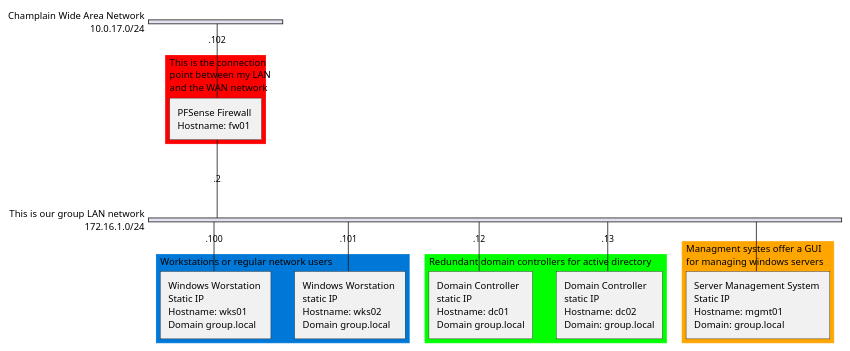
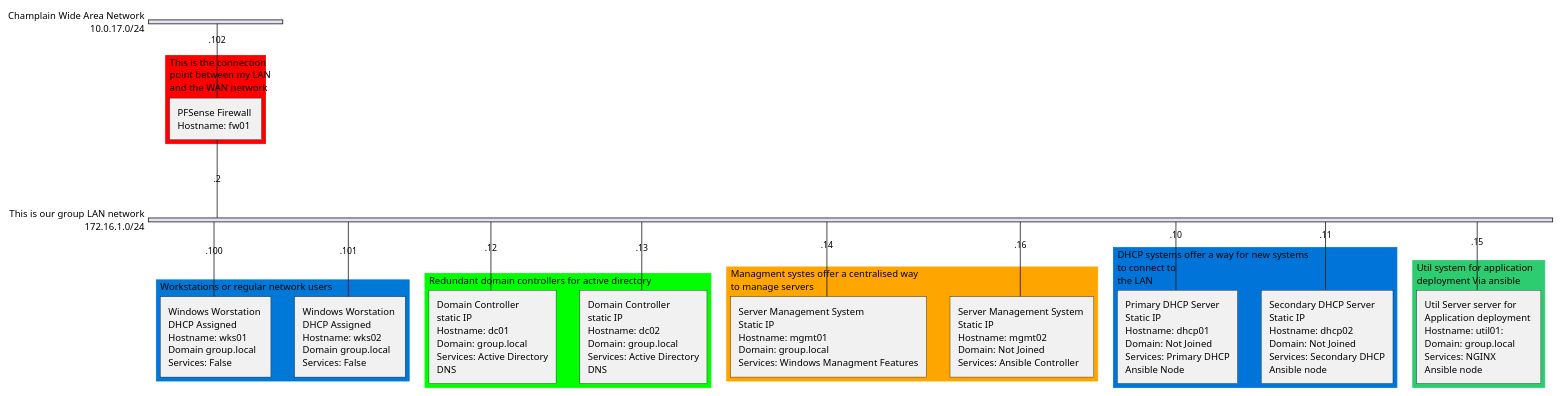
Before and after one commit to AminDaoudi/Final-Project: the diagram in milestone1_diagram.plantuml, drawn with PlantUML.

```diff
--- a/milestone1_diagram.plantuml
+++ b/milestone1_diagram.plantuml
@@ -1,48 +1,63 @@
-@startuml Milestone 1 Network Diagram
+@startuml Working Network Diagram
 skinparam backgroundColor ##F0F0F0
 
 nwdiag {
     
     network WAN {
         address = 10.0.17.0/24
         description = "Champlain Wide Area Network"
 
         // define group
         group firewall {
             color = "#FF0000";
             fw01 [address = ".102", description = "PFSense Firewall \nHostname: fw01 "]
             description = "This is the connection \npoint between my LAN \nand the WAN network"
 
         }
     }
     network LAN {
         address = 172.16.1.0/24
         description = "This is our group LAN network"
         fw01 [address = ".2"]
 
         // define group
         group workstations {
             description = "Workstations or regular network users"
             color = "#0078D7";
-            wks01 [address = ".100", description = "Windows Worstation \nStatic IP \nHostname: wks01 \nDomain group.local"]
-            wks02 [address = ".101", description = "Windows Worstation \nstatic IP \nHostname: wks02 \nDomain group.local"]
+            wks01 [address = ".100", description = "Windows Worstation \nDHCP Assigned \nHostname: wks01 \nDomain group.local \nServices: False"]
+            wks02 [address = ".101", description = "Windows Worstation \nDHCP Assigned \nHostname: wks02 \nDomain group.local \nServices: False"]
         }
         // define group
-        group domain_controllers {
+        group domaincontrollers {
             description = "Redundant domain controllers for active directory"
             color = "#00FF00";
-            dc01 [address = ".12", description = "Domain Controller \nstatic IP \nHostname: dc01 \nDomain group.local"]
-            dc02 [address = ".13", description = "Domain Controller \nstatic IP \nHostname: dc02 \nDomain: group.local"]
+            dc01 [address = ".12", description = "Domain Controller \nstatic IP \nHostname: dc01 \nDomain: group.local \nServices: Active Directory, DNS"]
+            dc02 [address = ".13", description = "Domain Controller \nstatic IP \nHostname: dc02 \nDomain: group.local \nServices: Active Directory, DNS"]
 
         }
         // define group 
-        group managment_systems {
-            description = "Managment systes offer a GUI \nfor managing windows servers"
+        group managmentsystems {
+            description = "Managment systes offer a centralised way \nto manage servers"
             color = "#FFA500";
-            mgmt01 [description = "Server Management System \nStatic IP \nHostname: mgmt01 \nDomain: group.local"]
+            mgmt01 [address = ".14", description = "Server Management System \nStatic IP \nHostname: mgmt01 \nDomain: group.local \nServices: Windows Managment Features"]
+            mgmt02 [address = ".16", description = "Server Management System \nStatic IP \nHostname: mgmt02 \nDomain: Not Joined \nServices: Ansible Controller"]
+        }
+        // define group
+        group dhcpsystems {
+            description = "DHCP systems offer a way for new systems \nto connect to \nthe LAN"
+            color = "#0074D9";
+            dhcp01 [address = ".10", description = "Primary DHCP Server \nStatic IP \nHostname: dhcp01 \nDomain: Not Joined \nServices: Primary DHCP, Ansible Node"]
+            dhcp02 [address = ".11", description = "Secondary DHCP Server \nStatic IP \nHostname: dhcp02 \nDomain: Not Joined \nServices: Secondary DHCP, Ansible node"]
+
+        }
+        // define group 
+        group util {
+            description = "Util system for application \ndeployment Via ansible"
+            color = "#2ECC71";
+            util01 [address = ".15", description = "Util Server server for \nApplication deployment \nHostname: util01: \nDomain: group.local \nServices: NGINX, Ansible node"]
         }
     }
     
 }
 
 @enduml
```
